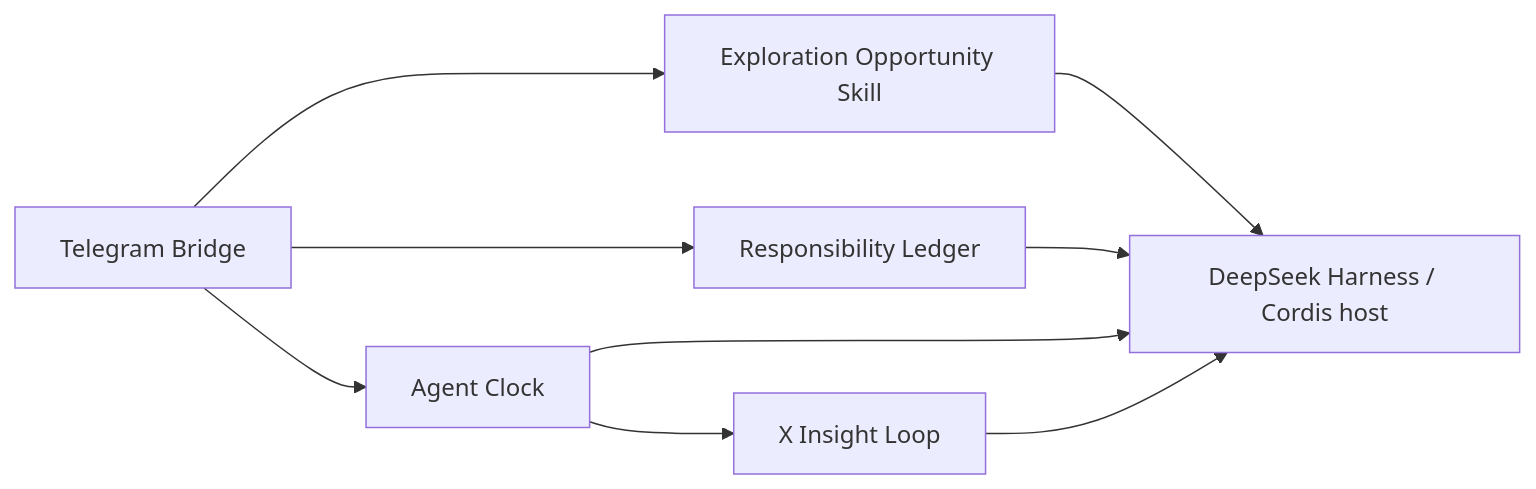
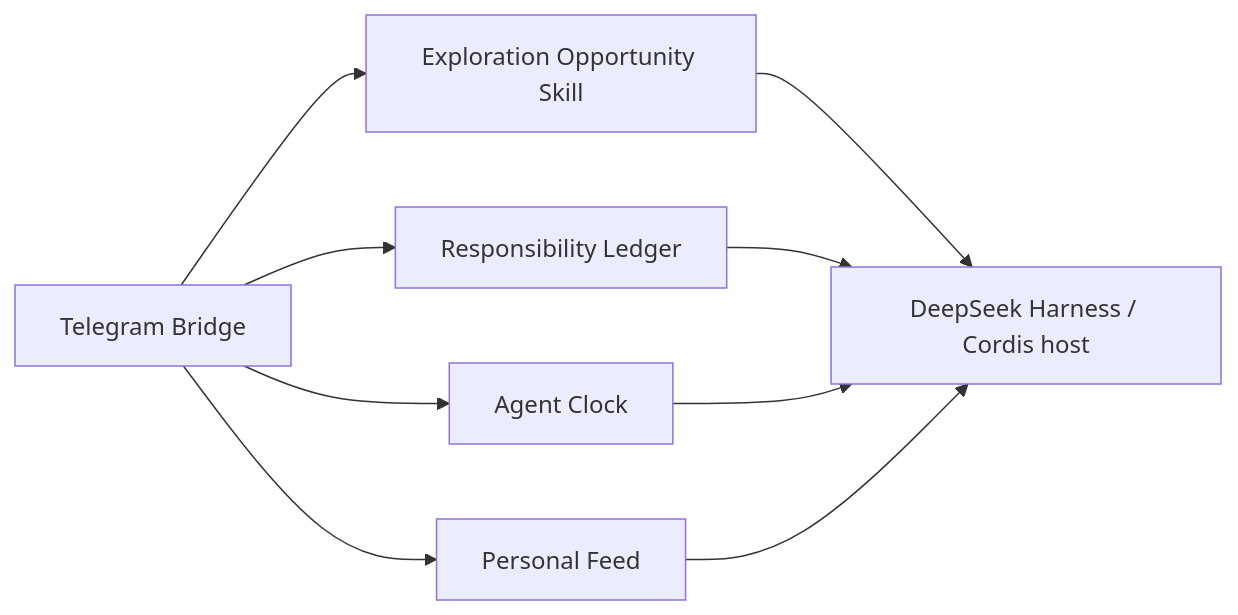
Before and after one commit to HYBB-rash/dsh-plugins: the diagram in README.en.md, drawn with Mermaid. The commit also changed other lines of this file and 24 other files, not shown here.

Commit message:
feat(personal-feed): publish unified capability names

````diff
--- a/README.en.md
+++ b/README.en.md
@@ -21,11 +21,11 @@
 ```mermaid
 flowchart LR
   TG[Telegram Bridge] --> A[Responsibility Ledger]
   TG --> C[Agent Clock]
-  C --> X[X Insight Loop]
+  TG --> F[Personal Feed]
   TG --> E[Exploration Opportunity Skill]
   E --> DSH
   A --> DSH[DeepSeek Harness / Cordis host]
   C --> DSH
-  X --> DSH
+  F --> DSH
 ```
````
